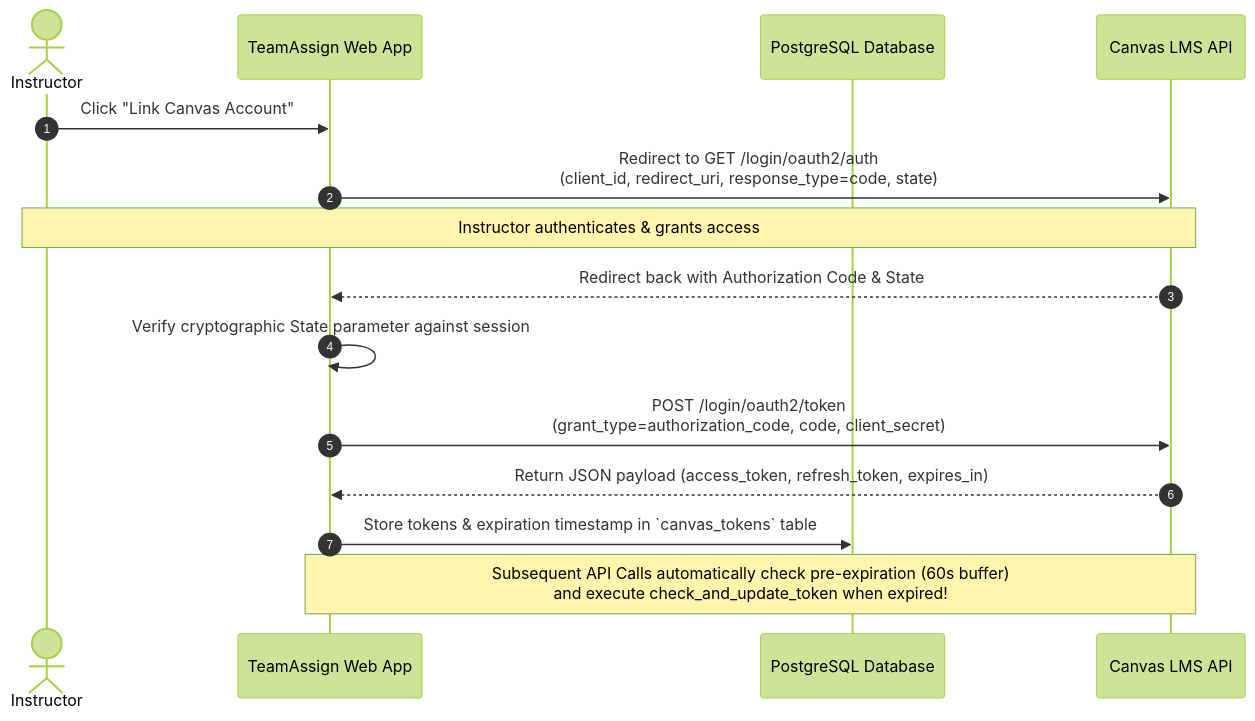
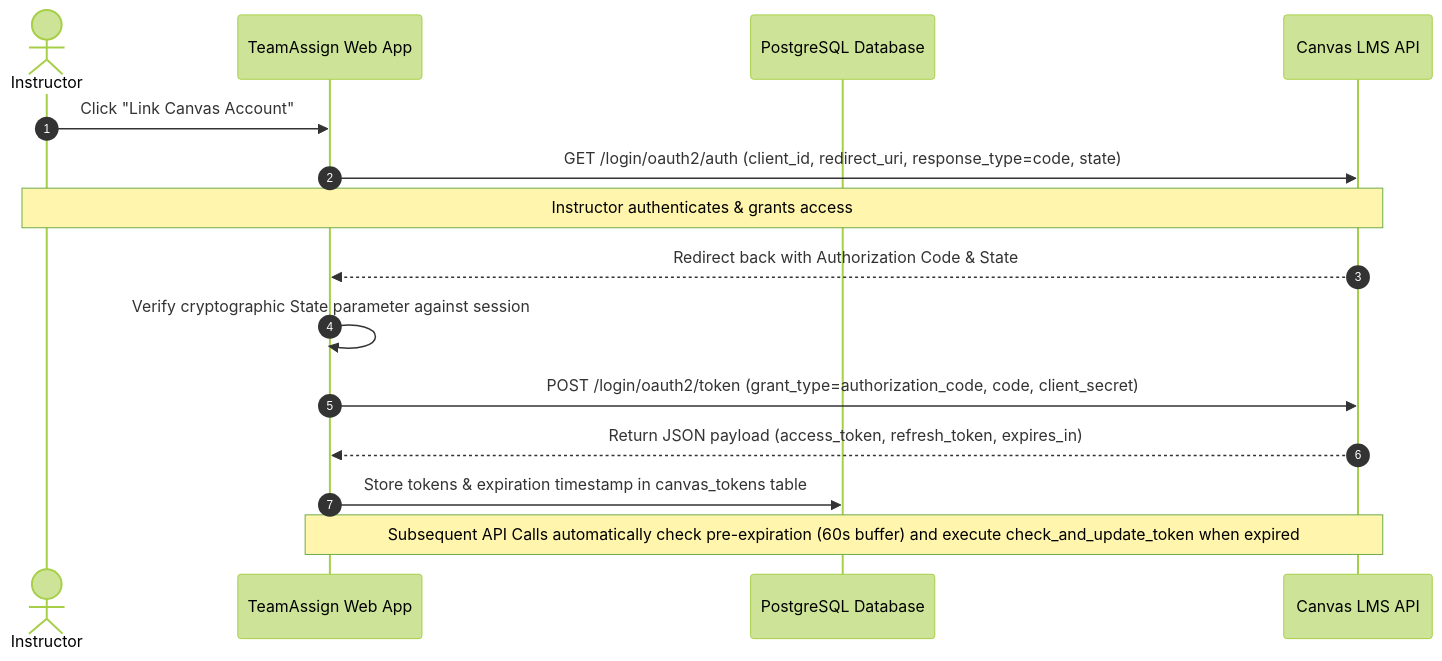
The first of 2 diagrams in src/content/docs/teamassign/architecture.mdx (sharonwang554/docs), drawn with Mermaid (forest theme) before and after one commit. The commit also changed 6 other files, not shown here.

Commit message:
Fix sequenceDiagram syntax, remove vercel staging link, set sidebar order 1 on all overview pages

````diff
--- a/src/content/docs/teamassign/architecture.mdx
+++ b/src/content/docs/teamassign/architecture.mdx
@@ -35,18 +35,18 @@
 ```mermaid
 sequenceDiagram
     autonumber
-    actor Instructor
+    actor Instructor as Instructor
     participant TA as TeamAssign Web App
     participant DB as PostgreSQL Database
     participant Canvas as Canvas LMS API
 
     Instructor->>TA: Click "Link Canvas Account"
-    TA->>Canvas: Redirect to GET /login/oauth2/auth<br/>(client_id, redirect_uri, response_type=code, state)
+    TA->>Canvas: GET /login/oauth2/auth (client_id, redirect_uri, response_type=code, state)
     Note over Instructor,Canvas: Instructor authenticates & grants access
     Canvas-->>TA: Redirect back with Authorization Code & State
     TA->>TA: Verify cryptographic State parameter against session
-    TA->>Canvas: POST /login/oauth2/token<br/>(grant_type=authorization_code, code, client_secret)
+    TA->>Canvas: POST /login/oauth2/token (grant_type=authorization_code, code, client_secret)
     Canvas-->>TA: Return JSON payload (access_token, refresh_token, expires_in)
-    TA->>DB: Store tokens & expiration timestamp in `canvas_tokens` table
-    Note over TA,Canvas: Subsequent API Calls automatically check pre-expiration (60s buffer)<br/>and execute check_and_update_token when expired!
+    TA->>DB: Store tokens & expiration timestamp in canvas_tokens table
+    Note over TA,Canvas: Subsequent API Calls automatically check pre-expiration (60s buffer) and execute check_and_update_token when expired
 ```
````
